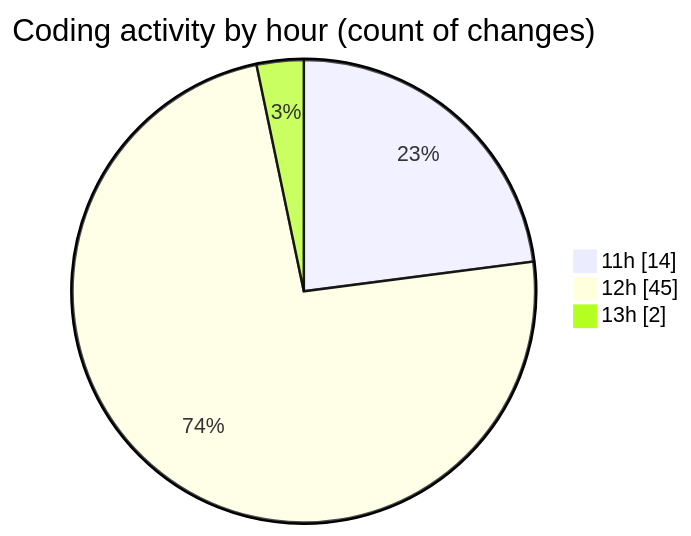
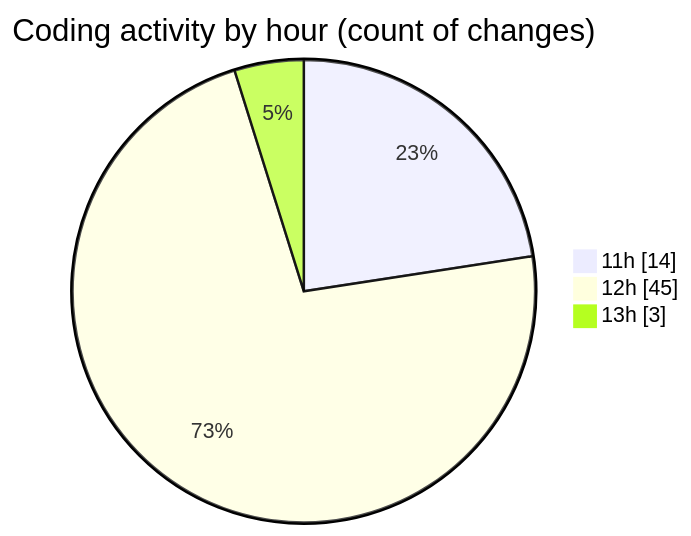
Before and after one commit to nxtqubesakshisongat/code-tracking: the second of 2 diagrams in 2026-08-24/nxtqube_webapp/README.md, drawn with Mermaid. The commit also changed other lines of this file and 1 other file, not shown here.

````diff
--- a/2026-08-24/nxtqube_webapp/README.md
+++ b/2026-08-24/nxtqube_webapp/README.md
@@ -41,7 +41,7 @@
 ```mermaid
 pie showData
 title Coding activity by hour (count of changes)
 "11h" : 14
 "12h" : 45
-"13h" : 2
+"13h" : 3
 ```
````
